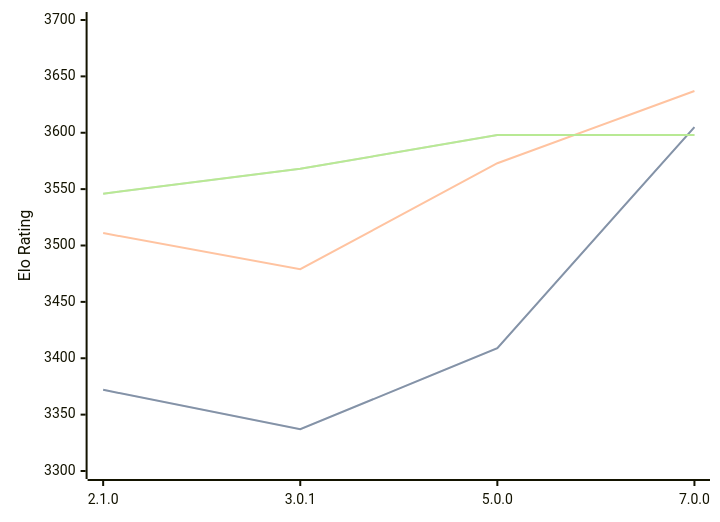
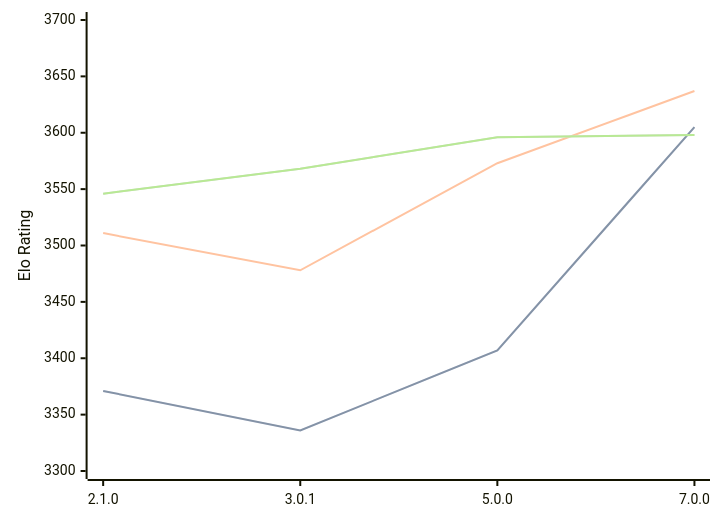
Before and after one commit to computer-chess-index/cci: the diagram in engines/PlentyChess.md, drawn with Mermaid. The commit also changed other lines of this file, not shown here.

Commit message:
Update CCI Ratings (ELO VLTC) - 2026-03-01

````diff
--- a/engines/PlentyChess.md
+++ b/engines/PlentyChess.md
@@ -43,11 +43,11 @@
 ```mermaid
 %%{init: {"theme":"base","themeVariables":{"seriesColors:['#a3a3a3','#222221','#faa371']}}}%%
 xychart-beta
   x-axis ["2.1.0", "3.0.1", "5.0.0", "7.0.0"]
   y-axis "Elo Rating" 3300 --> 3700
-  line "STC (8.0+0.08s)" [3372, 3337, 3409, 3605]
-  line "STC (8.0+0.08s)" [3372, 3337, 3409, 3605]
-  line "LTC (60.0+0.60s)" [3511, 3479, 3573, 3637]
-  line "VLTC (2m24s+1.12s)" [3546, 3568, 3598, 3598]
-  line "VLTC (2m24s+1.12s)" [3546, 3568, 3598, 3598]
+  line "STC (8.0+0.08s)" [3371, 3336, 3407, 3605]
+  line "STC (8.0+0.08s)" [3371, 3336, 3407, 3605]
+  line "LTC (60.0+0.60s)" [3511, 3478, 3573, 3637]
+  line "VLTC (2m24s+1.12s)" [3546, 3568, 3596, 3598]
+  line "VLTC (2m24s+1.12s)" [3546, 3568, 3596, 3598]
 ```
````
